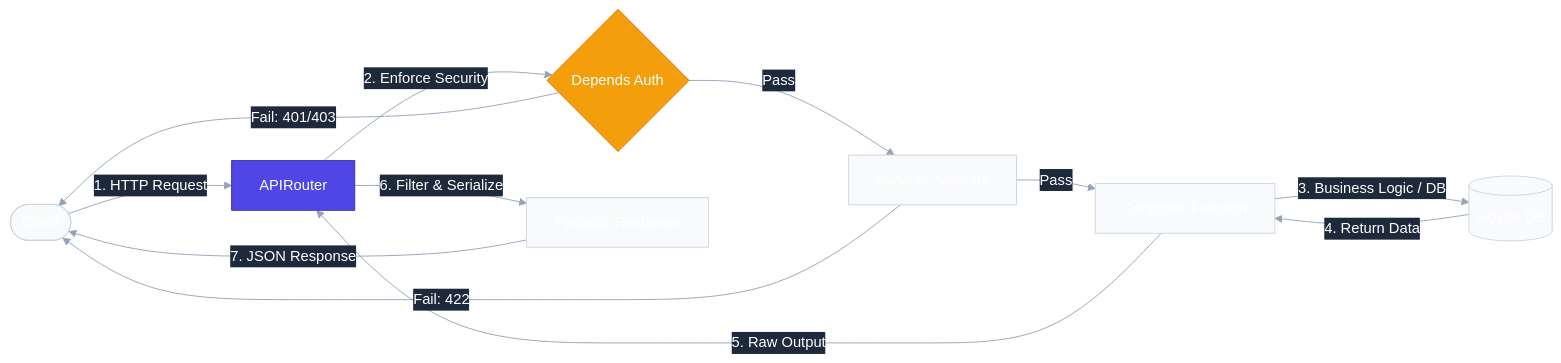
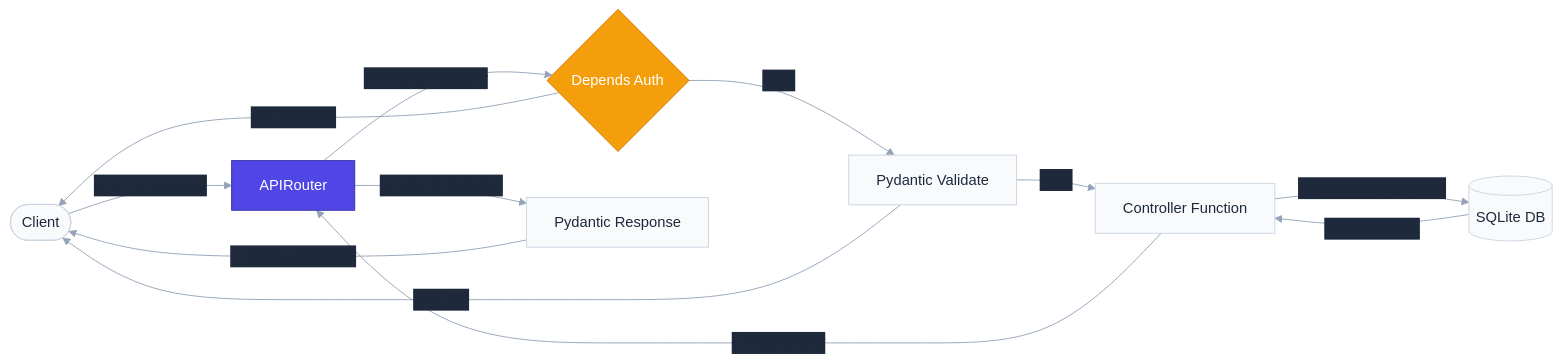
The diagram in app/routes/README.md (nakul-cloud/ecommerce-api), drawn with Mermaid before and after one commit. The commit also changed 8 other files, not shown here.

Commit message:
docs: initialize project structure with comprehensive architectural documentation and workspace metadata

````diff
--- a/app/routes/README.md
+++ b/app/routes/README.md
@@ -22,18 +22,18 @@
 ```mermaid
-%%{init: {'theme': 'base', 'themeVariables': {'primaryColor': '#4f46e5', 'primaryTextColor': '#ffffff', 'primaryBorderColor': '#3730a3', 'lineColor': '#94a3b8', 'secondaryColor': '#10b981', 'tertiaryColor': '#f59e0b', 'background': '#ffffff', 'mainBkg': '#f8fafc', 'nodeBorder': '#cbd5e1', 'nodeTextColor': '#1e293b', 'textColor': '#ffffff', 'titleColor': '#ffffff', 'edgeLabelBackground': '#1e293b', 'clusterBkg': '#f1f5f9', 'clusterBorder': '#e2e8f0', 'actorBkg': '#f8fafc', 'actorBorder': '#cbd5e1', 'actorTextColor': '#1e293b', 'signalColor': '#4f46e5', 'signalTextColor': '#ffffff', 'noteBkgColor': '#fef08a', 'noteBorderColor': '#facc15', 'noteTextColor': '#713f12'}}}%%
+%%{init: {'theme': 'base', 'themeVariables': {'primaryColor': '#4f46e5', 'primaryTextColor': '#1e293b', 'primaryBorderColor': '#3730a3', 'lineColor': '#94a3b8', 'secondaryColor': '#10b981', 'tertiaryColor': '#f59e0b', 'background': '#ffffff', 'mainBkg': '#f8fafc', 'nodeBorder': '#cbd5e1', 'nodeTextColor': '#1e293b', 'textColor': '#ffffff', 'titleColor': '#ffffff', 'edgeLabelBackground': '#1e293b', 'clusterBkg': '#f1f5f9', 'clusterBorder': '#e2e8f0', 'actorBkg': '#f8fafc', 'actorBorder': '#cbd5e1', 'actorTextColor': '#1e293b', 'signalColor': '#4f46e5', 'signalTextColor': '#ffffff', 'noteBkgColor': '#fef08a', 'noteBorderColor': '#facc15', 'noteTextColor': '#713f12'}}}%%
 flowchart LR
     Client([Client]) -->|1. HTTP Request| Router[APIRouter]
     Router -->|2. Enforce Security| Auth{Depends Auth}
     Auth -->|Fail: 401/403| Client
     Auth -->|Pass| Schema[Pydantic Validate]
     Schema -->|Fail: 422| Client
     Schema -->|Pass| Controller[Controller Function]
     Controller -->|3. Business Logic / DB| DB[(SQLite DB)]
     DB -->|4. Return Data| Controller
     Controller -->|5. Raw Output| Router
     Router -->|6. Filter & Serialize| Response[Pydantic Response]
     Response -->|7. JSON Response| Client
     
     style Router fill:#4f46e5,stroke:#3730a3,color:#ffffff
     style Auth fill:#f59e0b,stroke:#d97706,color:#ffffff
 ```
````
